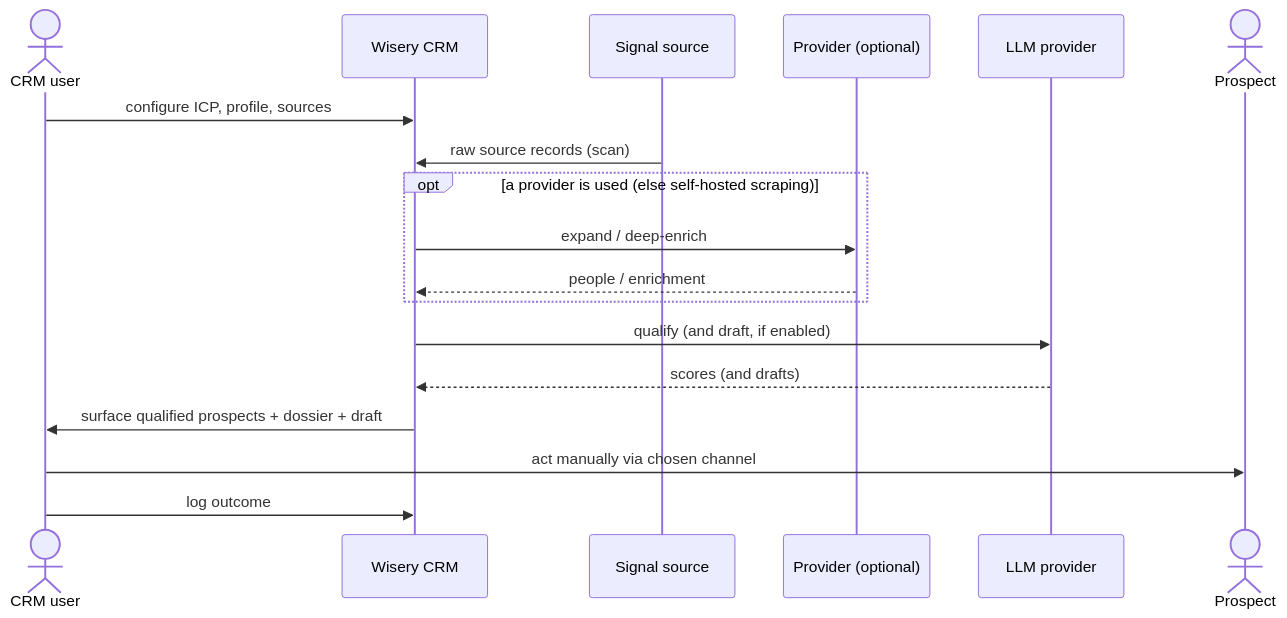
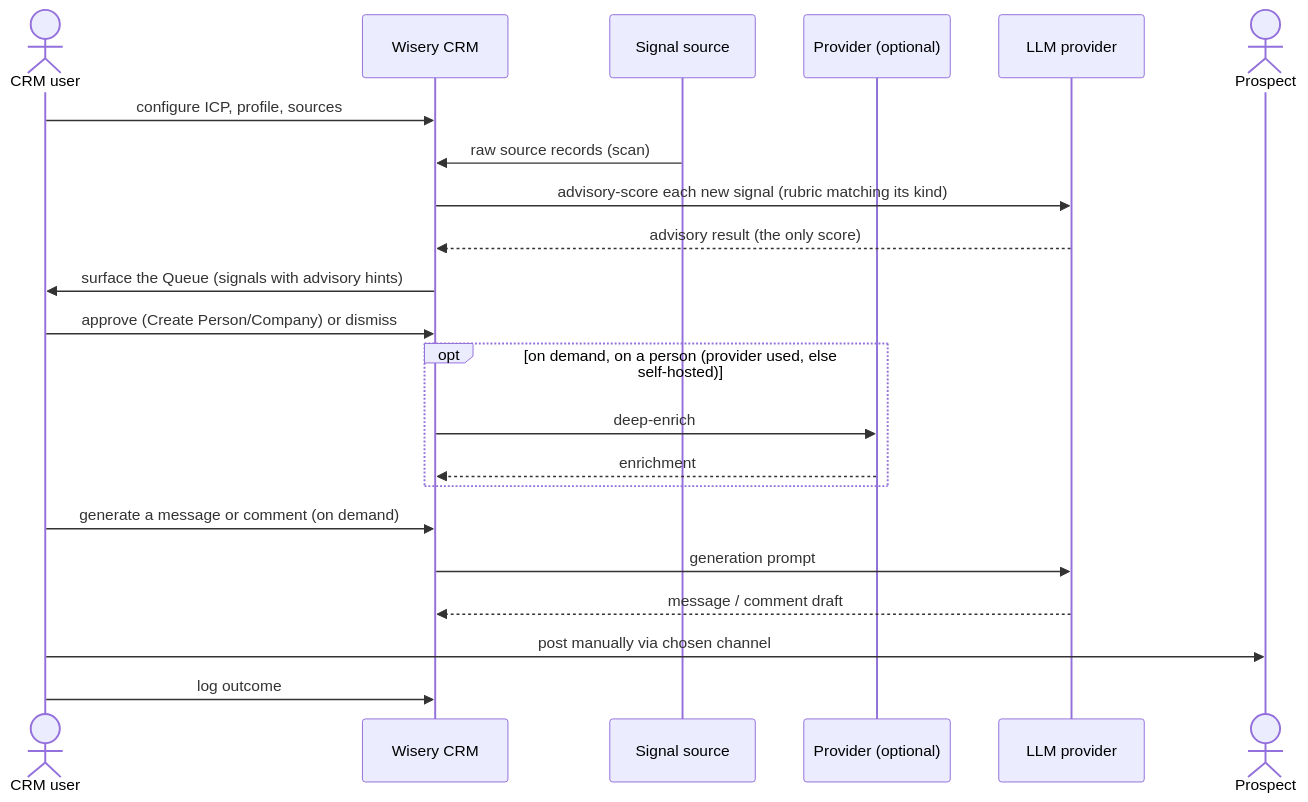
The second of 2 diagrams in docs/architecture/system-context.md (m-ratnikov/wisery-crm), drawn with Mermaid before and after one commit. The commit also changed other lines of this file and 102 other files, not shown here.

First line of the commit message:
Signal advisory becomes the only score; remove qualification stage

````diff
--- a/docs/architecture/system-context.md
+++ b/docs/architecture/system-context.md
@@ -56,21 +60,25 @@
 ```mermaid
 sequenceDiagram
     actor U as CRM user
     participant S as Wisery CRM
     participant SRC as Signal source
     participant DP as Provider (optional)
     participant LLM as LLM provider
     actor P as Prospect
 
     U->>S: configure ICP, profile, sources
     SRC->>S: raw source records (scan)
-    opt a provider is used (else self-hosted scraping)
-        S->>DP: expand / deep-enrich
-        DP-->>S: people / enrichment
+    S->>LLM: advisory-score each new signal (rubric matching its kind)
+    LLM-->>S: advisory result (the only score)
+    S->>U: surface the Queue (signals with advisory hints)
+    U->>S: approve (Create Person/Company) or dismiss
+    opt on demand, on a person (provider used, else self-hosted)
+        S->>DP: deep-enrich
+        DP-->>S: enrichment
     end
-    S->>LLM: qualify (and draft, if enabled)
-    LLM-->>S: scores (and drafts)
-    S->>U: surface qualified prospects + dossier + draft
-    U->>P: act manually via chosen channel
+    U->>S: generate a message or comment (on demand)
+    S->>LLM: generation prompt
+    LLM-->>S: message / comment draft
+    U->>P: post manually via chosen channel
     U->>S: log outcome
 ```
````
